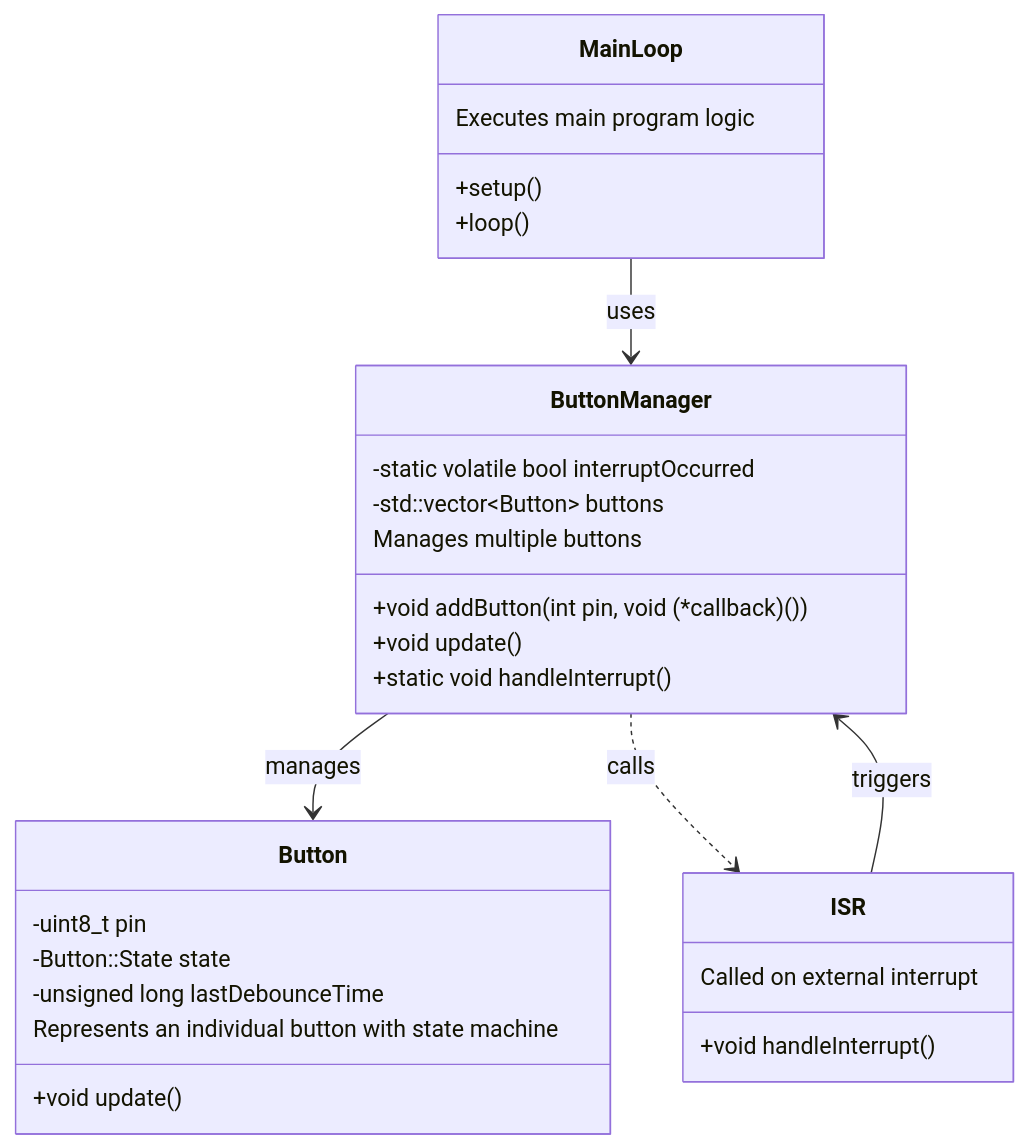
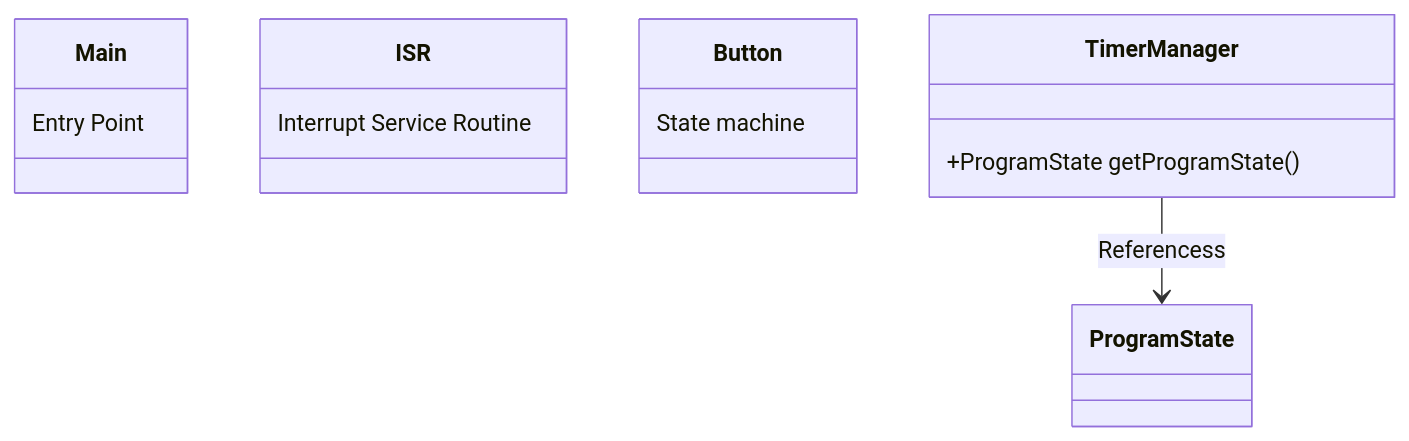
The first of 2 diagrams in README.md (regulus33/clk), drawn with Mermaid before and after one commit. The commit also changed other lines of this file and 10 other files, not shown here.

Commit message:
refactored some stuff, separated knob from timer manager and working on moving to service object architecture with centralized state

````diff
--- a/README.md
+++ b/README.md
@@ -51,38 +3,27 @@
 ```mermaid
 classDiagram
-    class MainLoop {
-        +setup()
-        +loop()
+    class Main {
     }
 
     class ISR {
-        +void handleInterrupt()
-    }
-
-    class ButtonManager {
-        -static volatile bool interruptOccurred
-        -std::vector~Button~ buttons
-        +void addButton(int pin, void (*callback)())
-        +void update()
-        +static void handleInterrupt()
     }
 
     class Button {
-        -uint8_t pin
-        -Button::State state
-        -unsigned long lastDebounceTime
-        +void update()
+    }
+    
+    class ProgramState {
+        
     }
 
-    MainLoop --> ButtonManager : uses
-    ButtonManager --> Button : manages
-    ISR --> ButtonManager : triggers
-    ButtonManager ..> ISR : calls
+    class TimerManager {
+        +ProgramState getProgramState()
+    }
 
-    MainLoop : Executes main program logic
-    ISR : Called on external interrupt
-    ButtonManager : Manages multiple buttons
-    Button : Represents an individual button with state machine
+    Main : Entry Point
+    ISR : Interrupt Service Routine
+    Button : State machine
+    TimerManager --> ProgramState : Referencess
+    
 
 
 ```
````
